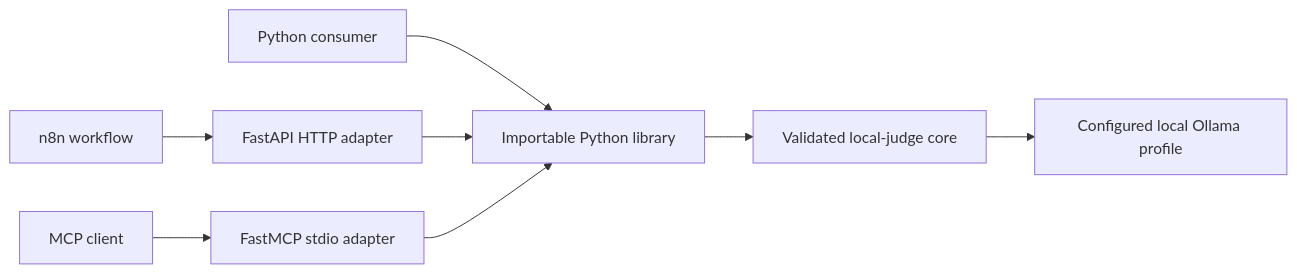
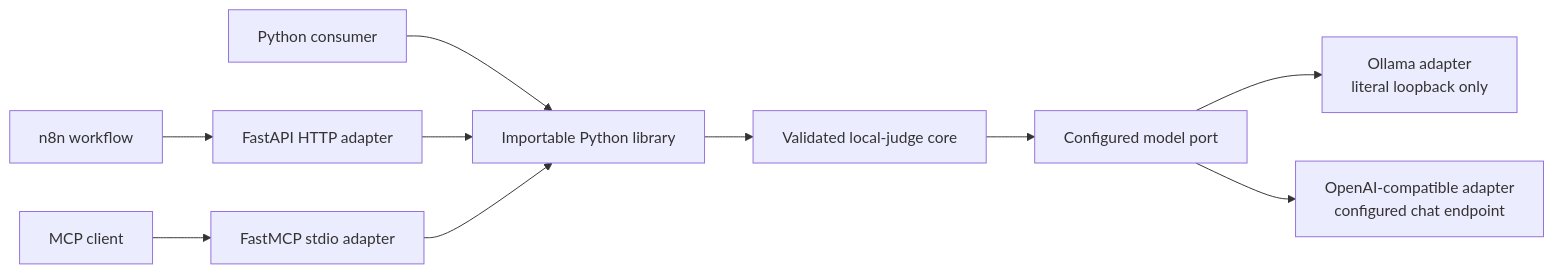
The diagram in docs/architecture.md (alanfong93/local-judge), drawn with Mermaid before and after one commit. The commit also changed other lines of this file and 11 other files, not shown here.

First line of the commit message:
feat: add an OpenAI-compatible inference endpoint adapter (#38)

````diff
--- a/docs/architecture.md
+++ b/docs/architecture.md
@@ -5,10 +5,12 @@
 ```mermaid
 flowchart LR
     N8N["n8n workflow"] --> HTTP["FastAPI HTTP adapter"]
     AGENT["MCP client"] --> MCP["FastMCP stdio adapter"]
     PY["Python consumer"] --> LIB["Importable Python library"]
     HTTP --> LIB
     MCP --> LIB
     LIB --> CORE["Validated local-judge core"]
-    CORE --> OLLAMA["Configured local Ollama profile"]
+    CORE --> PORT["Configured model port"]
+    PORT --> OLLAMA["Ollama adapter<br>literal loopback only"]
+    PORT --> ENDPOINT["OpenAI-compatible adapter<br>configured chat endpoint"]
 ```
````
